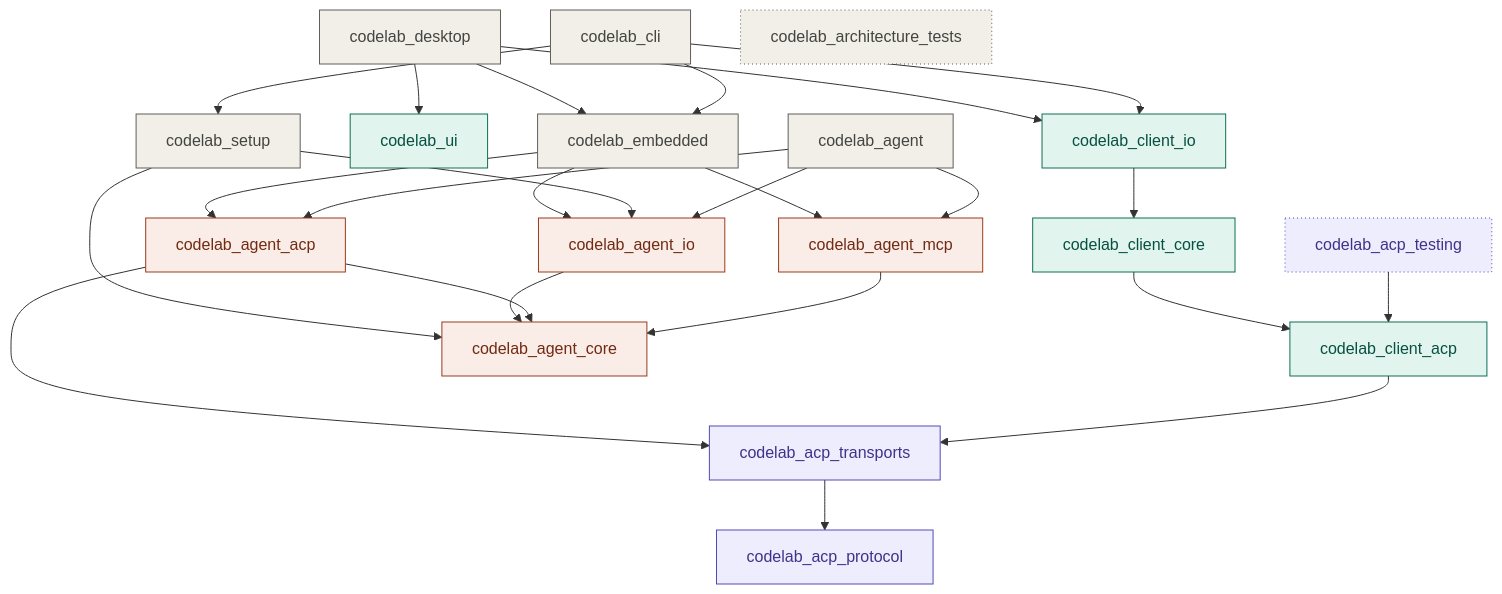
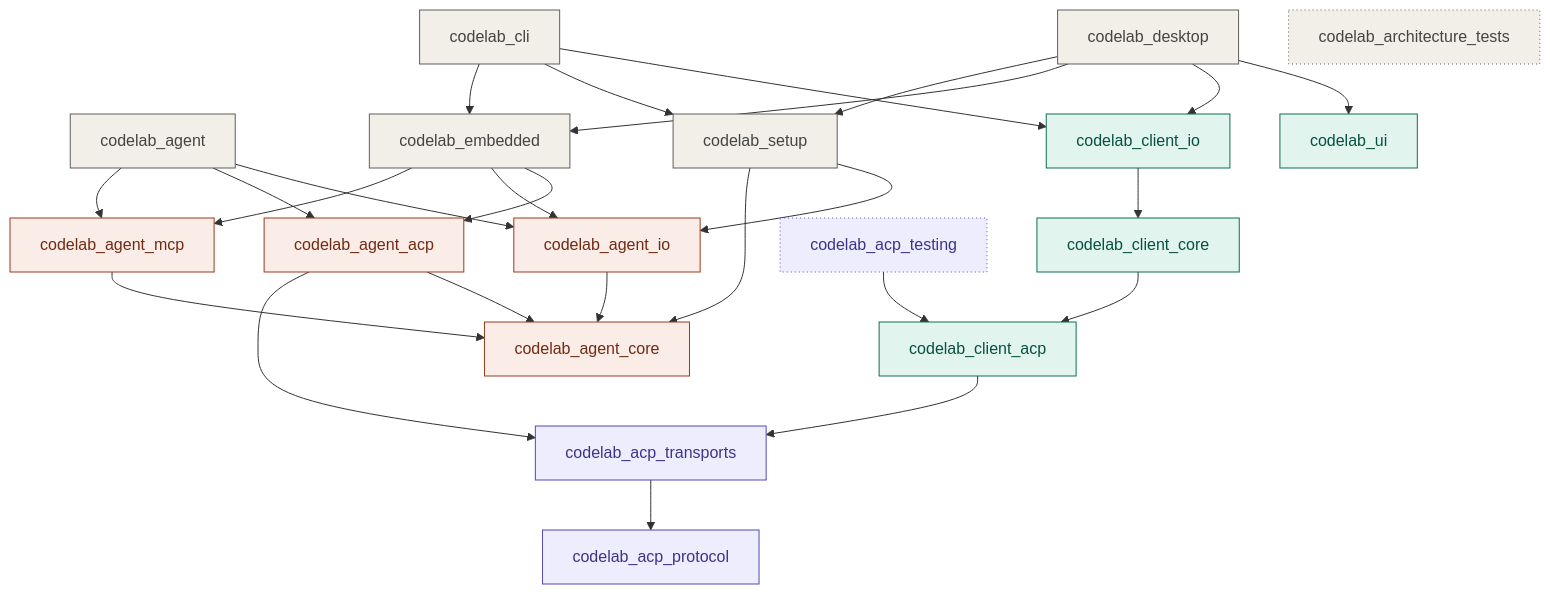
Before and after one commit to pese-git/codelab-app: the diagram in README.md, drawn with Mermaid. The commit also changed other lines of this file and 13 other files, not shown here.

````diff
--- a/README.md
+++ b/README.md
@@ -34,60 +34,61 @@
 ```mermaid
 flowchart TD
   desktop[codelab_desktop]
   cli[codelab_cli]
   agent[codelab_agent]
 
   ui[codelab_ui]
   client_io[codelab_client_io]
   agent_io[codelab_agent_io]
 
   client_core[codelab_client_core]
   agent_acp[codelab_agent_acp]
   agent_mcp[codelab_agent_mcp]
   setup[codelab_setup]
   embedded[codelab_embedded]
 
   testing[codelab_acp_testing]
   client_acp[codelab_client_acp]
   agent_core[codelab_agent_core]
 
   transports[codelab_acp_transports]
   arch[codelab_architecture_tests]
   protocol[codelab_acp_protocol]
 
   desktop --> ui
   desktop --> client_io
   cli --> client_io
   cli --> setup
   desktop --> embedded
+  desktop --> setup
   cli --> embedded
   embedded --> agent_acp
   embedded --> agent_io
   embedded --> agent_mcp
   setup --> agent_io
   setup --> agent_core
   agent --> agent_io
   agent --> agent_acp
   agent --> agent_mcp
   client_io --> client_core
   agent_io --> agent_core
   client_core --> client_acp
   agent_acp --> agent_core
   agent_mcp --> agent_core
   agent_acp --> transports
   testing --> client_acp
   client_acp --> transports
   transports --> protocol
 
   classDef app fill:#F1EFE8,stroke:#5F5E5A,color:#444441
   classDef acp fill:#EEEDFE,stroke:#534AB7,color:#3C3489
   classDef client fill:#E1F5EE,stroke:#0F6E56,color:#085041
   classDef agentside fill:#FAECE7,stroke:#993C1D,color:#712B13
   classDef testonly stroke-dasharray:1 3
 
   class desktop,cli,agent,arch,setup,embedded app
   class protocol,transports,testing acp
   class ui,client_io,client_core,client_acp client
   class agent_io,agent_acp,agent_mcp,agent_core agentside
   class testing,arch testonly
 ```
````
